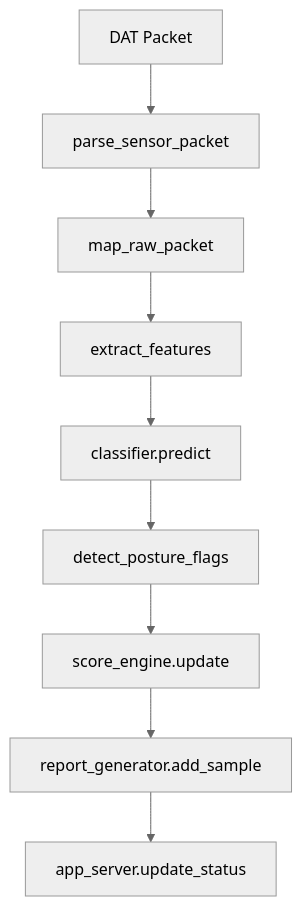
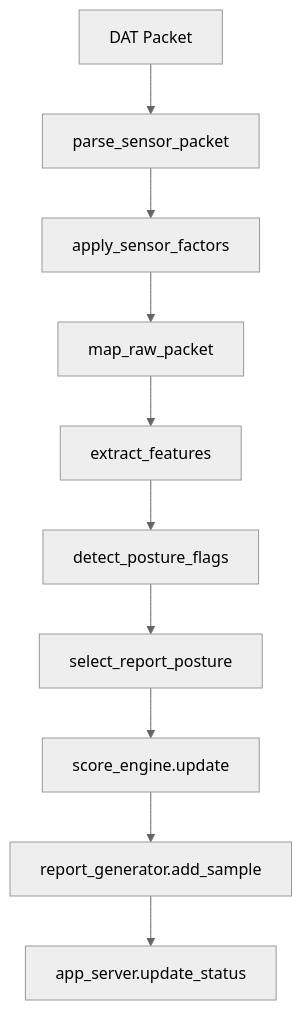
The fourth of 4 diagrams in docs/runtime_sequence.md (gwonxhj/edge-posture-monitor), drawn with Mermaid (neutral theme) before and after one commit. The commit also changed other lines of this file and 9 other files, not shown here.

Commit message:
docs: refine posture logic, database schema, and validation scope for final portfolio

````diff
--- a/docs/runtime_sequence.md
+++ b/docs/runtime_sequence.md
@@ -117,11 +117,12 @@
 ```mermaid
 flowchart TD
     A[DAT Packet] --> B[parse_sensor_packet]
-    B --> C[map_raw_packet]
-    C --> D[extract_features]
-    D --> E[classifier.predict]
+    B --> C[apply_sensor_factors]
+    C --> D[map_raw_packet]
+    D --> E[extract_features]
     E --> F[detect_posture_flags]
-    F --> G[score_engine.update]
-    G --> H[report_generator.add_sample]
-    H --> I[app_server.update_status]
+    F --> G[select_report_posture]
+    G --> H[score_engine.update]
+    H --> I[report_generator.add_sample]
+    I --> J[app_server.update_status]
 ```
````
